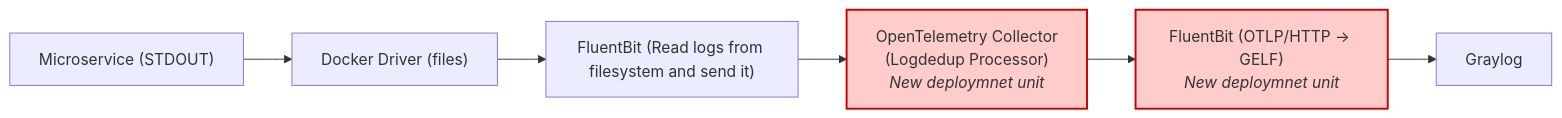
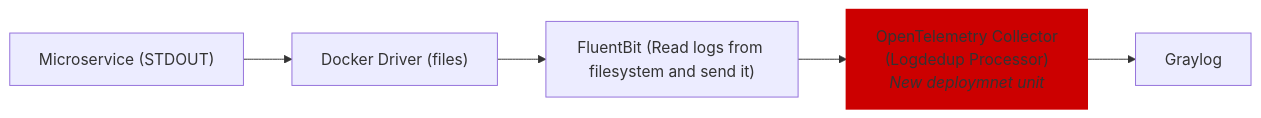
The diagram in docs/adr/0003-logs-deduplication.md (Netcracker/qubership-observability-operator), drawn with Mermaid before and after one commit.

Commit message:
Update 0003-logs-deduplication.md - color correction in diagram  + deleting the intermediate fluentBit

````diff
--- a/docs/adr/0003-logs-deduplication.md
+++ b/docs/adr/0003-logs-deduplication.md
@@ -28,11 +28,10 @@
 ```mermaid
 graph LR
     A["Microservice (STDOUT)"] --> B["Docker Driver (files)"]
     B --> C["FluentBit (Read logs from filesystem and send it)"]
     C --> D["OpenTelemetry Collector<br>(Logdedup Processor)<br><i>New deploymnet unit</i>"]
-    D --> E["FluentBit (OTLP/HTTP → GELF)<br><i>New deploymnet unit</i>"]
-    E --> F["Graylog"]
+    D --> E["Graylog"]
 
-    classDef newDeployment fill:#ffcccc,stroke:#cc0000,stroke-width:2px;
-    class D,E newDeployment
+    classDef newDeployment fill:#cc0000,stroke:#cc0000,stroke-width:2px;
+    class D newDeployment
 ```
````
